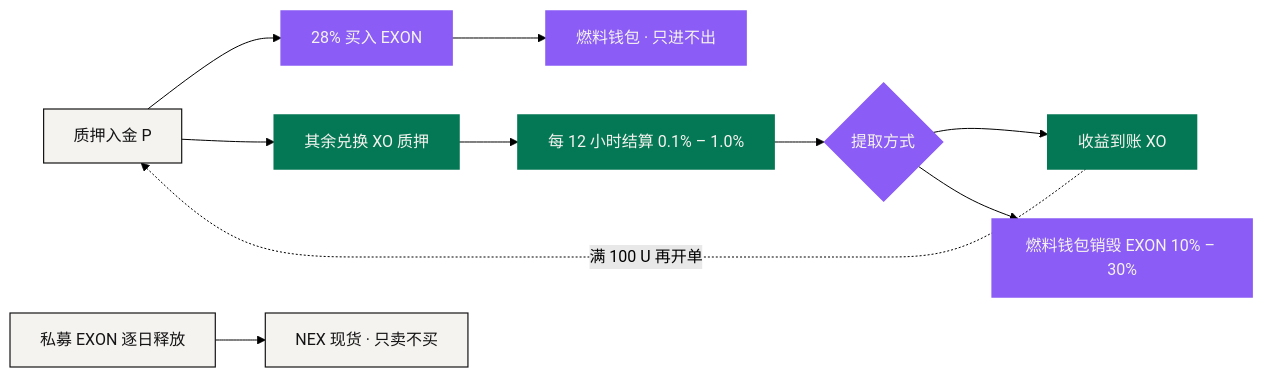
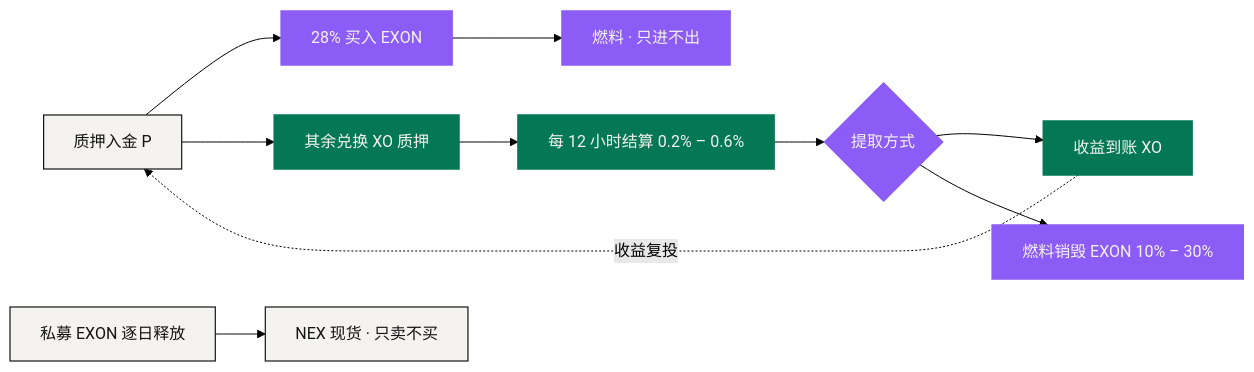
Before and after one commit to NEXONMarkets/NEXON-Whitepaper: the diagram in docs/zh/05-tokenomics/value-flows.md, drawn with Mermaid (forest theme). The commit also changed other lines of this file and 64 other files, not shown here.

````diff
--- a/docs/zh/05-tokenomics/value-flows.md
+++ b/docs/zh/05-tokenomics/value-flows.md
@@ -68,18 +68,18 @@
 ```mermaid
 flowchart LR
     P["质押入金 P"] --> B["28% 买入 EXON"]
     P --> S["其余兑换 XO 质押"]
-    B --> W["燃料钱包 · 只进不出"]
-    S --> R["每 12 小时结算 0.1% – 1.0%"]
+    B --> W["燃料 · 只进不出"]
+    S --> R["每 12 小时结算 0.2% – 0.6%"]
     R --> C{"提取方式"}
     C --> N["收益到账 XO"]
-    C --> X["燃料钱包销毁 EXON 10% – 30%"]
-    N -. "满 100 U 再开单" .-> P
+    C --> X["燃料销毁 EXON 10% – 30%"]
+    N -. "收益复投" .-> P
     V["私募 EXON 逐日释放"] --> M["NEX 现货 · 只卖不买"]
     classDef anchor fill:#047854,stroke:#047854,stroke-width:1.5px,color:#F5F3F0
     classDef engine fill:#8B5CF6,stroke:#8B5CF6,stroke-width:1.5px,color:#F5F3F0
     classDef solid  fill:#F5F3F0,stroke:#141414,stroke-width:1.2px,color:#141414
     class P,V,M solid
     class S,R,N anchor
     class B,W,C,X engine
 ```
````
